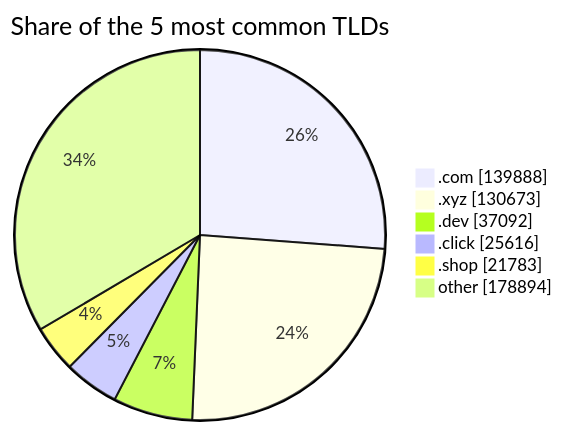
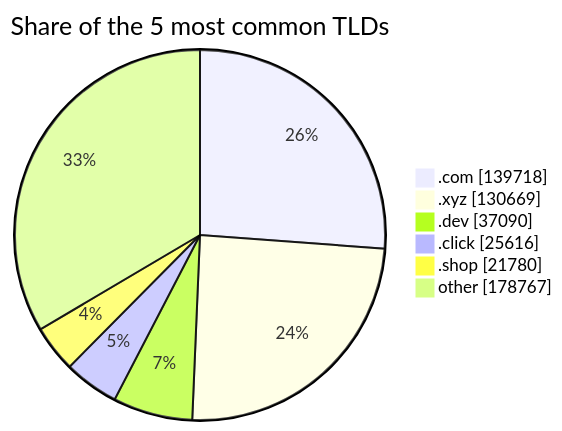
Before and after one commit to DNSBunker/CTI: the third of 3 diagrams in README.md, drawn with Mermaid. The commit also changed other lines of this file and 3 other files, not shown here.

````diff
--- a/README.md
+++ b/README.md
@@ -81,9 +81,9 @@
 ```mermaid
 pie showData title Share of the 5 most common TLDs
-    ".com" : 139888
-    ".xyz" : 130673
-    ".dev" : 37092
+    ".com" : 139718
+    ".xyz" : 130669
+    ".dev" : 37090
     ".click" : 25616
-    ".shop" : 21783
-    "other" : 178894
+    ".shop" : 21780
+    "other" : 178767
 ```
````
